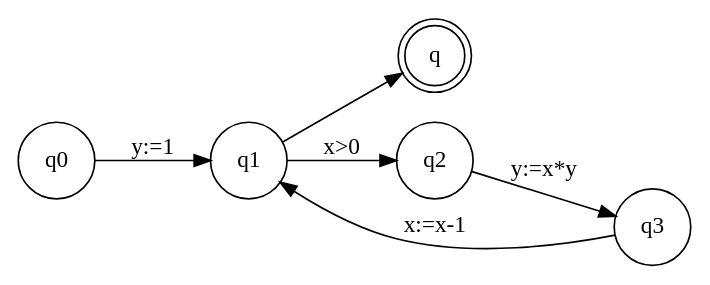
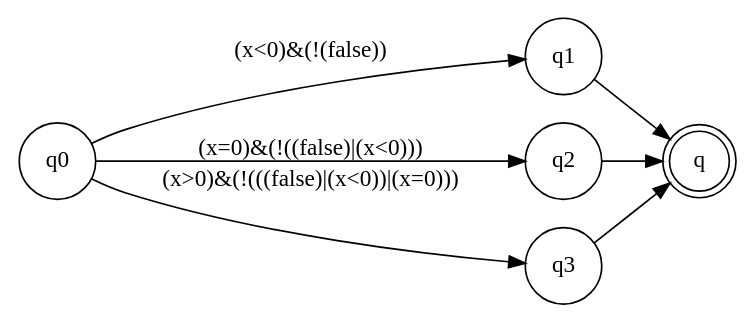
Before and after one commit to DanielHauge/02141-computer-science-modeling: the diagram in 02141-csm-mandatory/test.gv, drawn with Graphviz. The commit also changed 8 other files, not shown here.

```diff
--- a/02141-csm-mandatory/test.gv
+++ b/02141-csm-mandatory/test.gv
@@ -1,10 +1,11 @@
 digraph program_graph {rankdir=LR;
 node [shape = circle]; q0;
 node [shape = doublecircle]; q#;
 node [shape = circle]
-q0 -> q1 [label= "y:=1"];
-q1 -> q2 [label= "x>0"];
-q2 -> q3 [label= "y:=x*y"];
-q3 -> q1 [label= "x:=x-1"];
-q1 -> q# [label= "!(x>0)"];
+q0 -> q1 [label= "(x<0)&(!(false))"];
+q1 -> q# [label= "y:=-1*z*z"];
+q0 -> q2 [label= "(x=0)&(!((false)|(x<0)))"];
+q2 -> q# [label= "y:=0"];
+q0 -> q3 [label= "(x>0)&(!(((false)|(x<0))|(x=0)))"];
+q3 -> q# [label= "y:=z*z"];
 }
```
